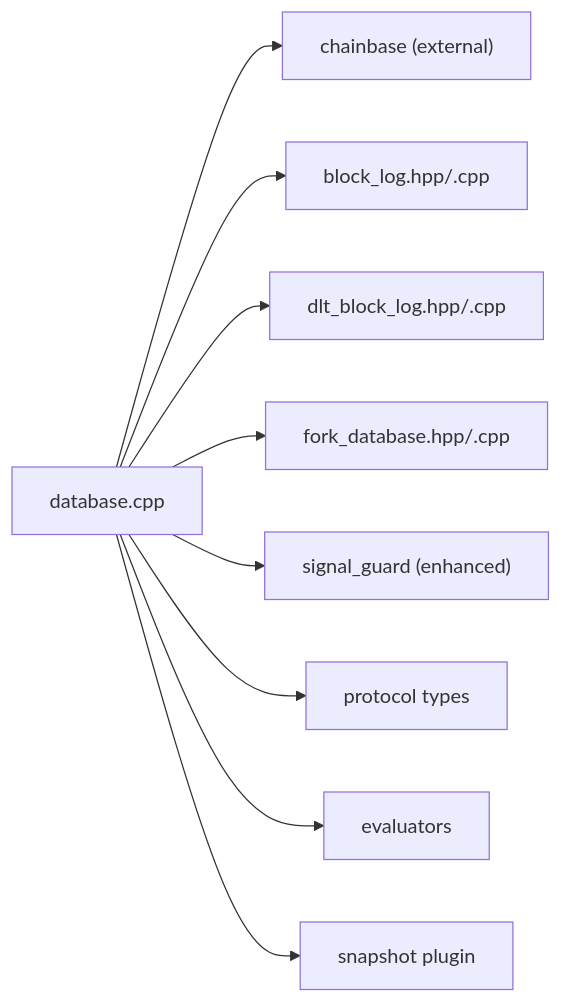
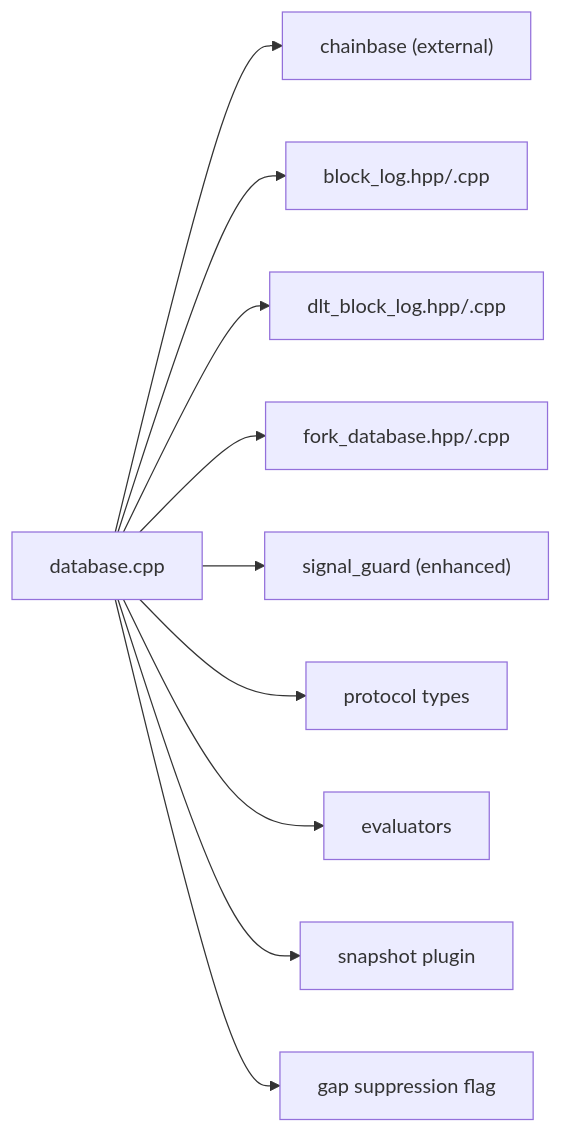
One commit to VIZ-Blockchain/viz-cpp-node changed diagram 13 of 13 in .qoder/repowiki/en/content/Architecture Overview/Core Libraries/Chain Library/Database Management/Database Management.md. Above: the diagram before and after it, drawn with Mermaid. The commit also changed other lines of this file and 4 other files, not shown here.

````diff
--- a/.qoder/repowiki/en/content/Architecture Overview/Core Libraries/Chain Library/Database Management/Database Management.md
+++ b/.qoder/repowiki/en/content/Architecture Overview/Core Libraries/Chain Library/Database Management/Database Management.md
@@ -560,11 +599,12 @@
 ```mermaid
 graph LR
 DB["database.cpp"] --> CB["chainbase (external)"]
 DB --> BL["block_log.hpp/.cpp"]
 DB --> DLT["dlt_block_log.hpp/.cpp"]
 DB --> FD["fork_database.hpp/.cpp"]
 DB --> SG["signal_guard (enhanced)"]
 DB --> PT["protocol types"]
 DB --> EV["evaluators"]
 DB --> SNAP["snapshot plugin"]
+DB --> GAP["gap suppression flag"]
 ```
````
